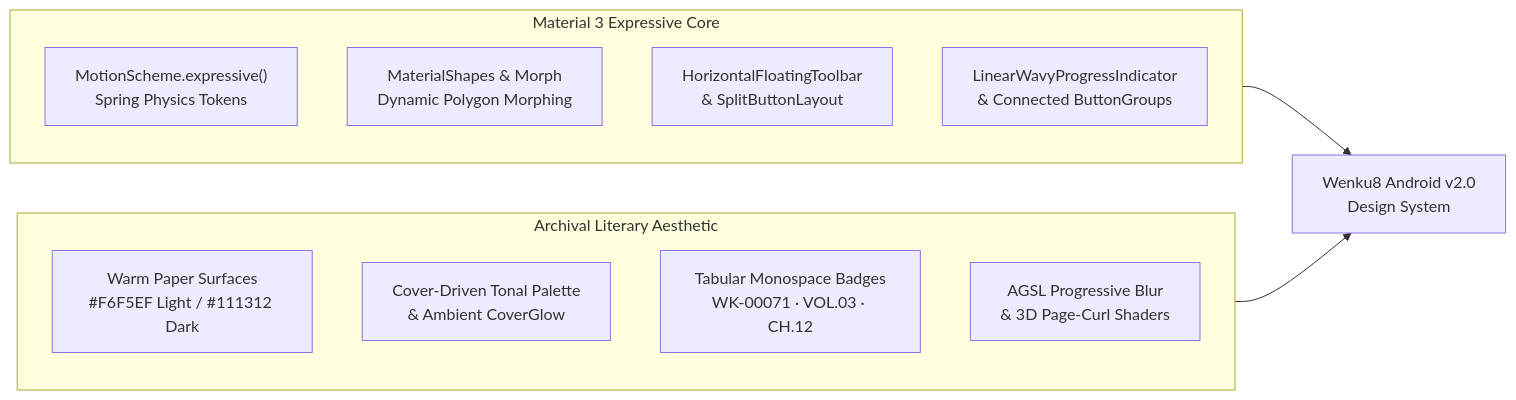
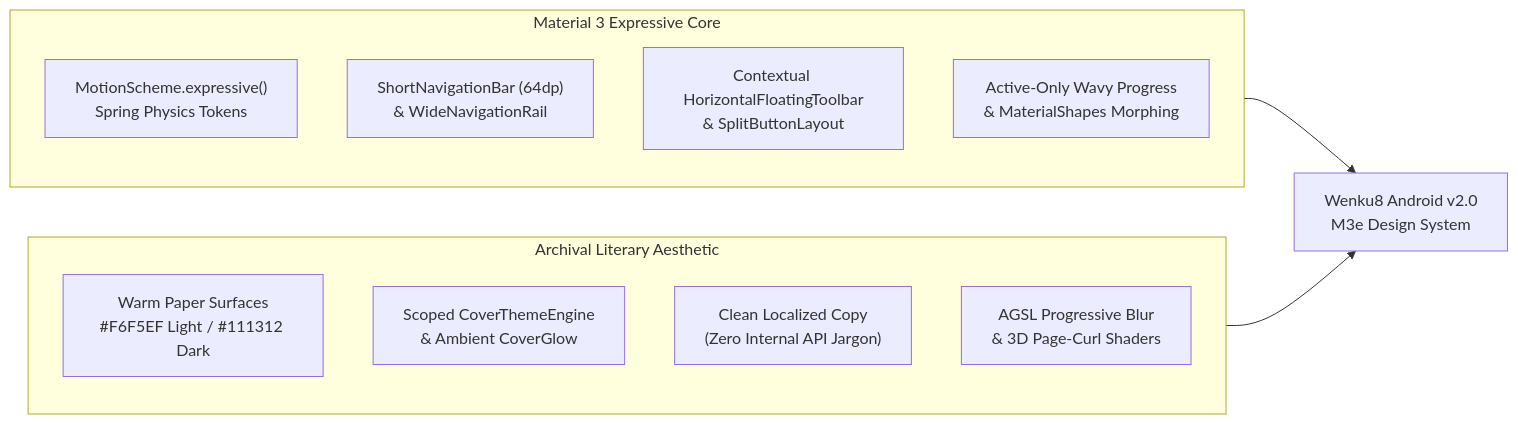
One commit to MewX/light-novel-library_Wenku8_Android changed the diagram in docs/designs/v2/03-material3-expressive-and-motion-standards.md. Above: the diagram before and after it, drawn with Mermaid. The commit also changed other lines of this file and 12 other files, not shown here.

````diff
--- a/docs/designs/v2/03-material3-expressive-and-motion-standards.md
+++ b/docs/designs/v2/03-material3-expressive-and-motion-standards.md
@@ -24,17 +22,17 @@
 ```mermaid
 flowchart LR
     subgraph M3E["Material 3 Expressive Core"]
         M1["MotionScheme.expressive()\nSpring Physics Tokens"]
-        M2["MaterialShapes & Morph\nDynamic Polygon Morphing"]
-        M3["HorizontalFloatingToolbar\n& SplitButtonLayout"]
-        M4["LinearWavyProgressIndicator\n& Connected ButtonGroups"]
+        M2["ShortNavigationBar (64dp)\n& WideNavigationRail"]
+        M3["Contextual HorizontalFloatingToolbar\n& SplitButtonLayout"]
+        M4["Active-Only Wavy Progress\n& MaterialShapes Morphing"]
     end
     subgraph Archive["Archival Literary Aesthetic"]
         A1["Warm Paper Surfaces\n#F6F5EF Light / #111312 Dark"]
-        A2["Cover-Driven Tonal Palette\n& Ambient CoverGlow"]
-        A3["Tabular Monospace Badges\nWK-00071 · VOL.03 · CH.12"]
+        A2["Scoped CoverThemeEngine\n& Ambient CoverGlow"]
+        A3["Clean Localized Copy\n(Zero Internal API Jargon)"]
         A4["AGSL Progressive Blur\n& 3D Page-Curl Shaders"]
     end
-    M3E --> V2["Wenku8 Android v2.0\nDesign System"]
+    M3E --> V2["Wenku8 Android v2.0\nM3e Design System"]
     Archive --> V2
 ```
````
